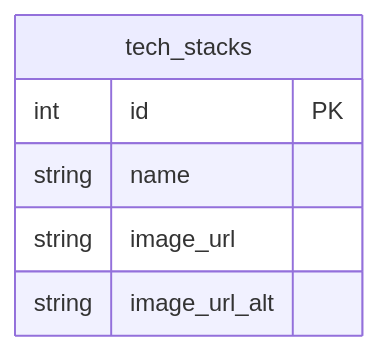
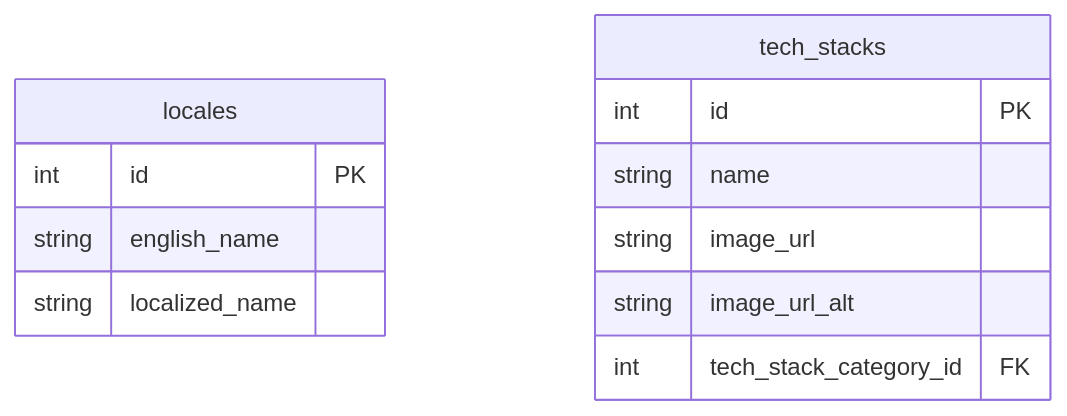
Before and after one commit to fadhilahm/personal-website: the diagram in docs/design/Database Design.md, drawn with Mermaid. The commit also changed other lines of this file, not shown here.

Commit message:
Add locales table to Database Design documentation with explanation

````diff
--- a/docs/design/Database Design.md
+++ b/docs/design/Database Design.md
@@ -5,11 +5,19 @@
 ```mermaid
 
 erDiagram
+
+    locales {
+        int     id              PK
+        string  english_name
+        string  localized_name
+    }
+
     tech_stacks {
-        int id PK
-        string name
-        string image_url
-        string image_url_alt
+        int     id                      PK
+        string  name
+        string  image_url
+        string  image_url_alt
+        int     tech_stack_category_id  FK
     }
 
 ```
````
